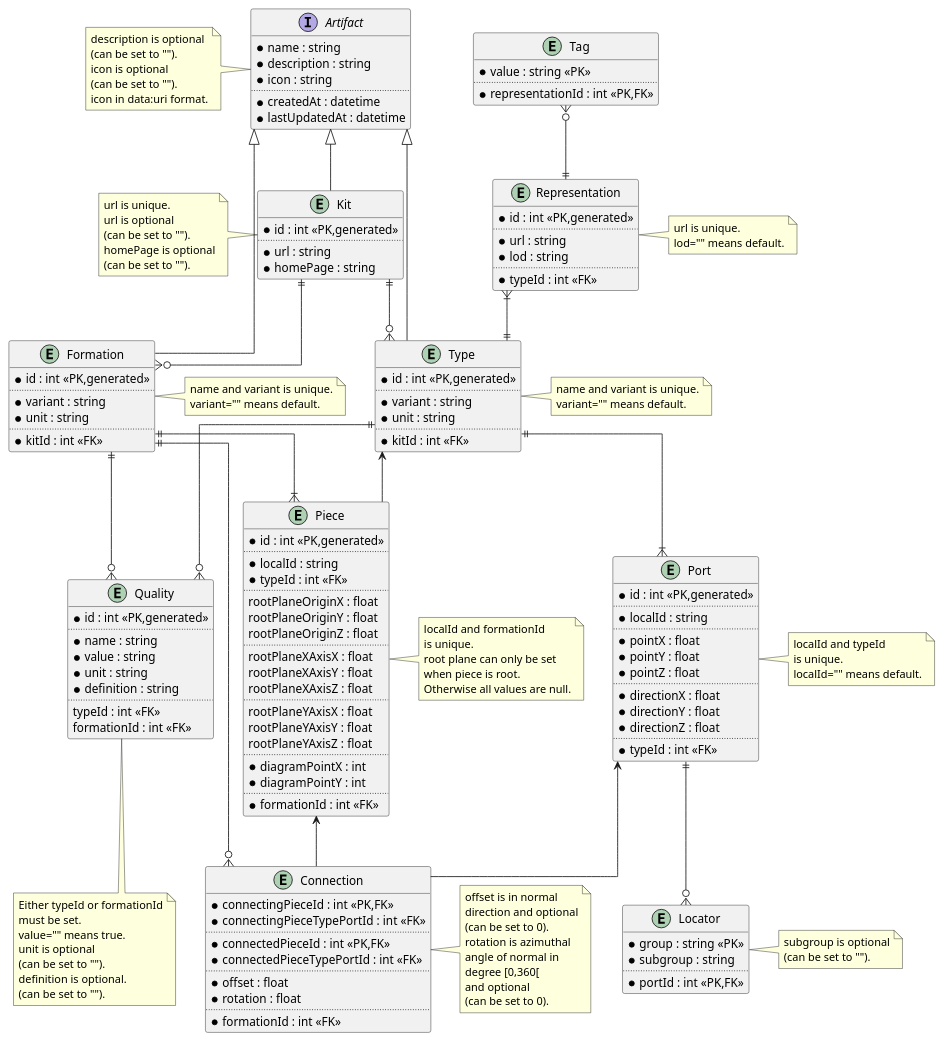
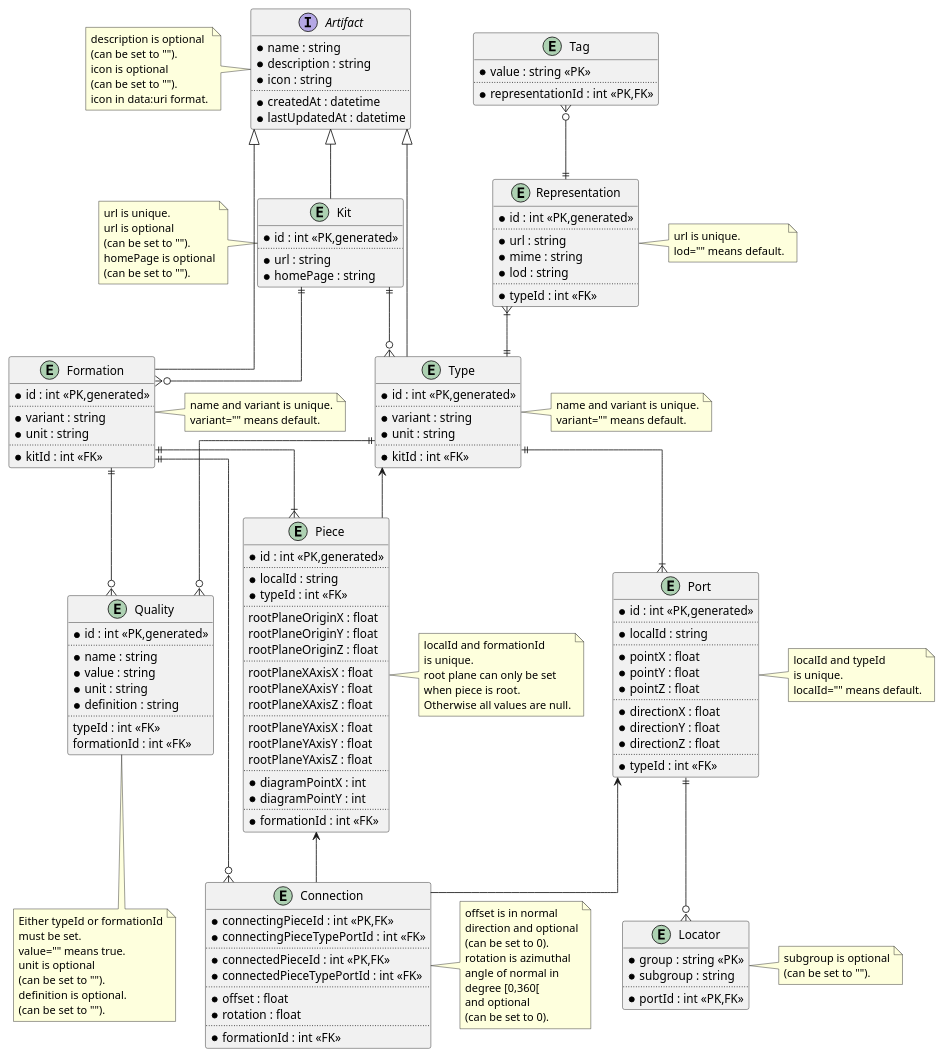
One commit to usalu/semio changed the diagram in engineering/dataarchitecture.pu. Above: the diagram before and after it, drawn with PlantUML. The commit also changed 207 other files, not shown here.

```diff
--- a/engineering/dataarchitecture.pu
+++ b/engineering/dataarchitecture.pu
@@ -48,6 +48,7 @@
     *id : int <<PK,generated>>
     ..
     *url : string
+    *mime : string
     *lod : string
     ..
     *typeId : int <<FK>>
```
